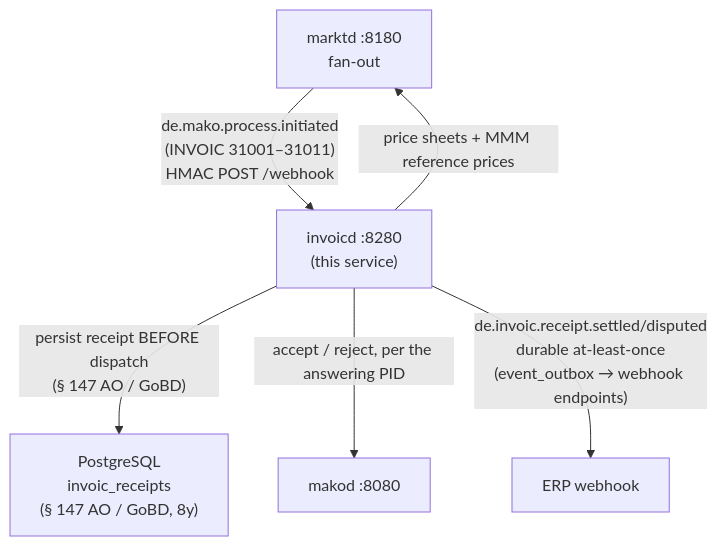
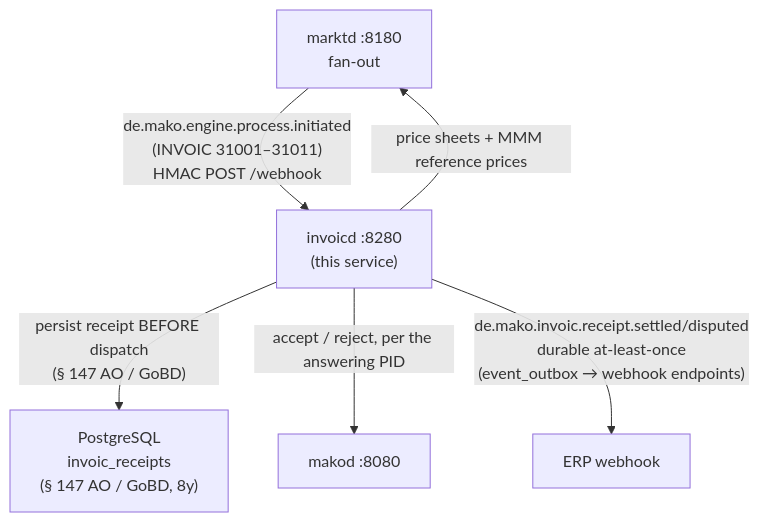
Before and after one commit to hupe1980/mako: the first of 2 diagrams in site/content/docs/services/invoicd.md, drawn with Mermaid. The commit also changed other lines of this file and 379 other files, not shown here.

````diff
--- a/site/content/docs/services/invoicd.md
+++ b/site/content/docs/services/invoicd.md
@@ -26,13 +26,13 @@
 ```mermaid
 graph TB
     marktd["marktd :8180<br/>fan-out"]
     invoicd["invoicd :8280<br/>(this service)"]
     makod["makod :8080"]
     pg["PostgreSQL<br/>invoic_receipts<br/>(§ 147 AO / GoBD, 8y)"]
 
-    marktd -->|"de.mako.process.initiated<br/>(INVOIC 31001–31011)<br/>HMAC POST /webhook"| invoicd
+    marktd -->|"de.mako.engine.process.initiated<br/>(INVOIC 31001–31011)<br/>HMAC POST /webhook"| invoicd
     invoicd -->|"price sheets + MMM reference prices"| marktd
     invoicd -->|"persist receipt BEFORE dispatch<br/>(§ 147 AO / GoBD)"| pg
     invoicd -->|"accept / reject, per the answering PID"| makod
-    invoicd -->|"de.invoic.receipt.settled/disputed<br/>durable at-least-once<br/>(event_outbox → webhook endpoints)"| erp["ERP webhook"]
+    invoicd -->|"de.mako.invoic.receipt.settled/disputed<br/>durable at-least-once<br/>(event_outbox → webhook endpoints)"| erp["ERP webhook"]
 ```
````
